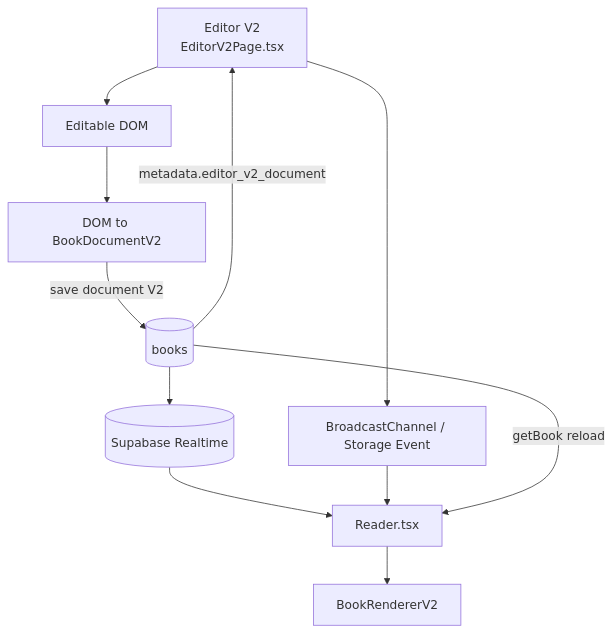
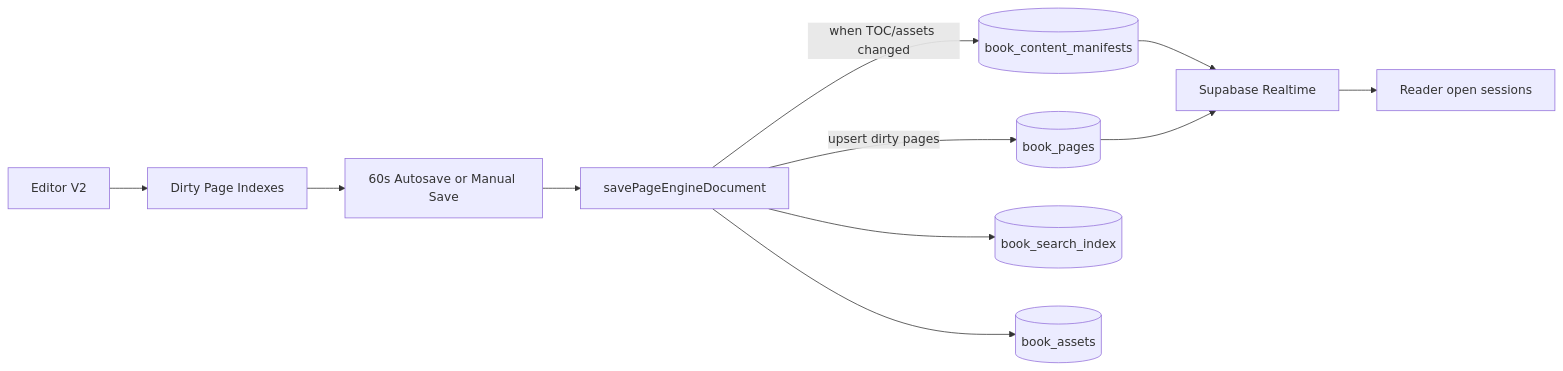
One commit to hamid1234567/metabooki changed the fourth of 7 diagrams in docs/DFD_ERD_SECURITY_REFERENCE.md. Above: the diagram before and after it, drawn with Mermaid. The commit also changed other lines of this file and 4 other files, not shown here.

````diff
--- a/docs/DFD_ERD_SECURITY_REFERENCE.md
+++ b/docs/DFD_ERD_SECURITY_REFERENCE.md
@@ -200,22 +71,13 @@
 ```mermaid
-flowchart TB
-  editor[Editor V2<br/>EditorV2Page.tsx]
-  dom[Editable DOM]
-  parser[DOM to BookDocumentV2]
-  renderer[BookRendererV2]
-  books[(books)]
-  realtime[(Supabase Realtime)]
-  broadcast[BroadcastChannel / Storage Event]
-  reader[Reader.tsx]
-
-  books -->|metadata.editor_v2_document| editor
-  editor --> dom
-  dom --> parser
-  parser -->|save document V2| books
-  books --> realtime
-  editor --> broadcast
-  realtime --> reader
-  broadcast --> reader
-  books -->|getBook reload| reader
-  reader --> renderer
+flowchart LR
+  Editor[Editor V2] --> Dirty[Dirty Page Indexes]
+  Dirty --> SaveTimer[60s Autosave or Manual Save]
+  SaveTimer --> PageEngine[savePageEngineDocument]
+  PageEngine -->|upsert dirty pages| Pages[(book_pages)]
+  PageEngine -->|when TOC/assets changed| Manifest[(book_content_manifests)]
+  PageEngine --> Search[(book_search_index)]
+  PageEngine --> Assets[(book_assets)]
+  Manifest --> Realtime[Supabase Realtime]
+  Pages --> Realtime
+  Realtime --> Reader[Reader open sessions]
 ```
````
